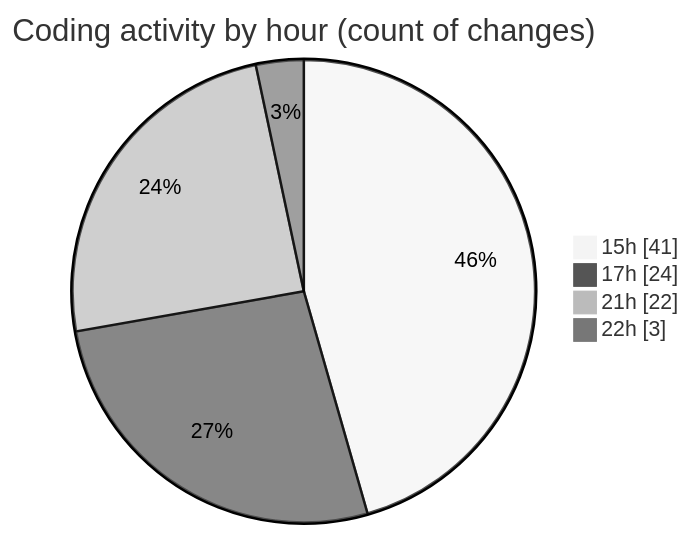
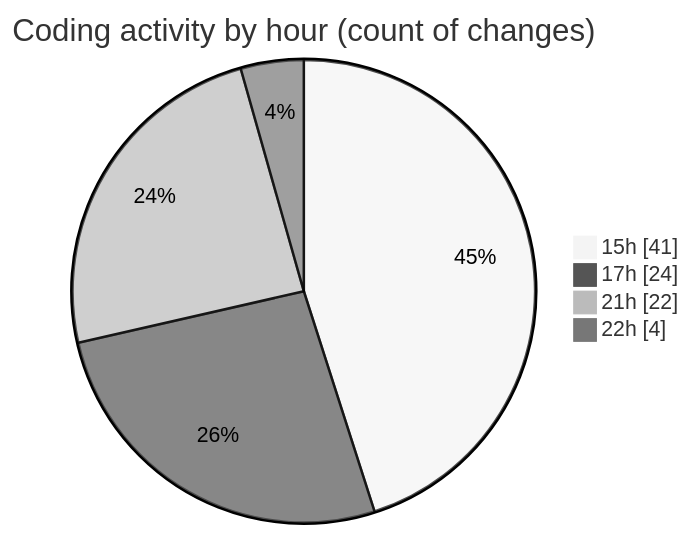
One commit to Netris89/code-tracking changed the second of 2 diagrams in 2025-10-26/skintrack/README.md. Above: the diagram before and after it, drawn with Mermaid (neutral theme). The commit also changed other lines of this file and 1 other file, not shown here.

````diff
--- a/2025-10-26/skintrack/README.md
+++ b/2025-10-26/skintrack/README.md
@@ -41,8 +42,8 @@
 ```mermaid
 pie showData
 title Coding activity by hour (count of changes)
 "15h" : 41
 "17h" : 24
 "21h" : 22
-"22h" : 3
+"22h" : 4
 ```
````
